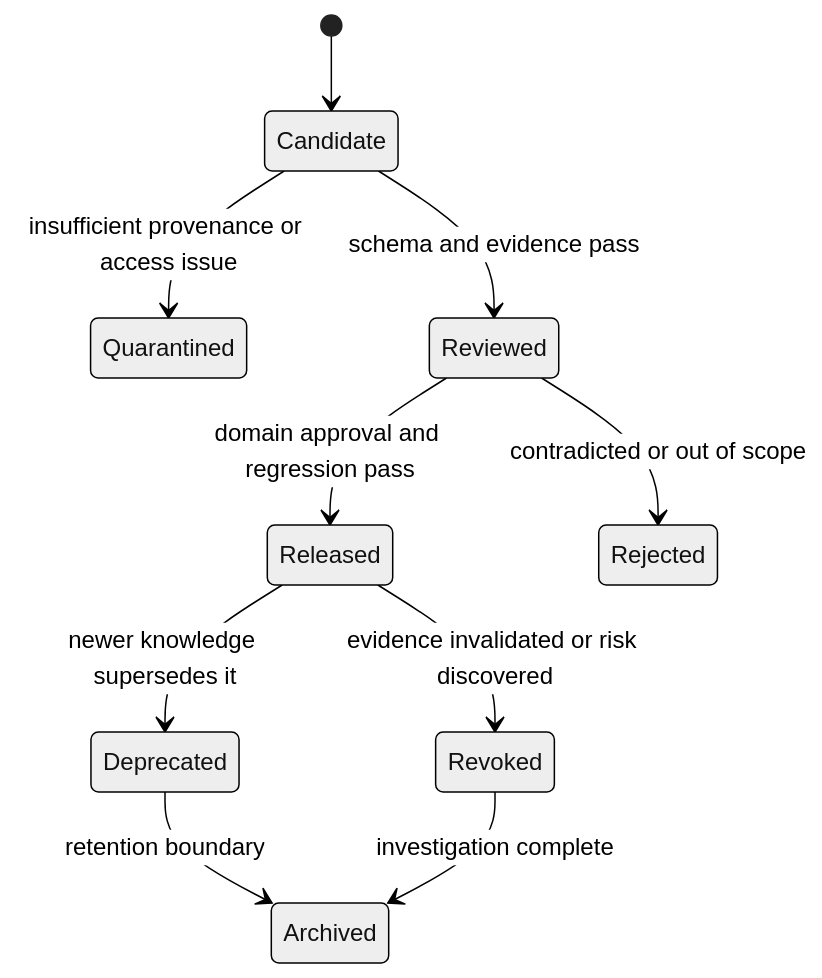
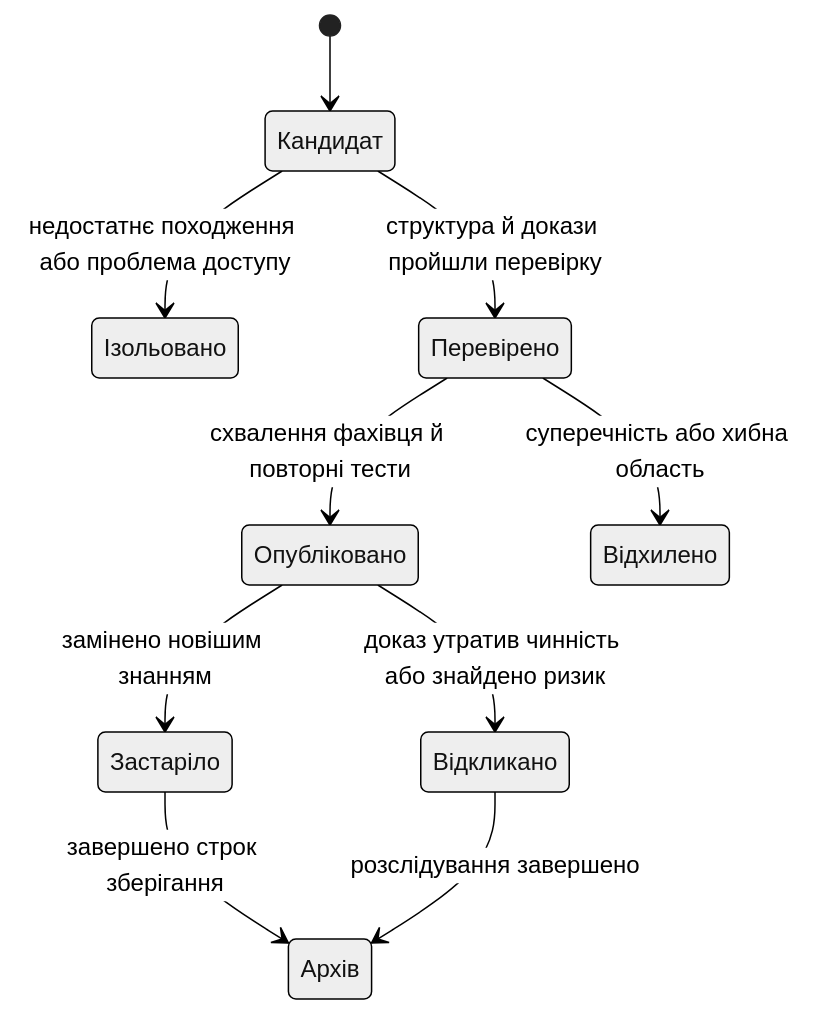
One commit to nick-fedchik/articles changed the fifth of 5 diagrams in ExpertSystem/01-Expert-Systems-for-RD.md. Above: the diagram before and after it, drawn with Mermaid (neutral theme). The commit also changed other lines of this file, not shown here.

````diff
--- a/ExpertSystem/01-Expert-Systems-for-RD.md
+++ b/ExpertSystem/01-Expert-Systems-for-RD.md
@@ -436,15 +612,24 @@
 ```mermaid
 stateDiagram-v2
     accTitle: Життєвий цикл об'єкта знання
     accDescr: Нове твердження залишається кандидатом до перевірки, після випуску контролюється й може бути замінене або відкликане.
 
+    state "Кандидат" as Candidate
+    state "Ізольовано" as Quarantined
+    state "Перевірено" as Reviewed
+    state "Опубліковано" as Released
+    state "Відхилено" as Rejected
+    state "Застаріло" as Deprecated
+    state "Відкликано" as Revoked
+    state "Архів" as Archived
+
     [*] --> Candidate
-    Candidate --> Quarantined: insufficient provenance or access issue
-    Candidate --> Reviewed: schema and evidence pass
-    Reviewed --> Released: domain approval and regression pass
-    Reviewed --> Rejected: contradicted or out of scope
-    Released --> Deprecated: newer knowledge supersedes it
-    Released --> Revoked: evidence invalidated or risk discovered
-    Deprecated --> Archived: retention boundary
-    Revoked --> Archived: investigation complete
+    Candidate --> Quarantined: недостатнє походження або проблема доступу
+    Candidate --> Reviewed: структура й докази пройшли перевірку
+    Reviewed --> Released: схвалення фахівця й повторні тести
+    Reviewed --> Rejected: суперечність або хибна область
+    Released --> Deprecated: замінено новішим знанням
+    Released --> Revoked: доказ утратив чинність або знайдено ризик
+    Deprecated --> Archived: завершено строк зберігання
+    Revoked --> Archived: розслідування завершено
 ```
````
